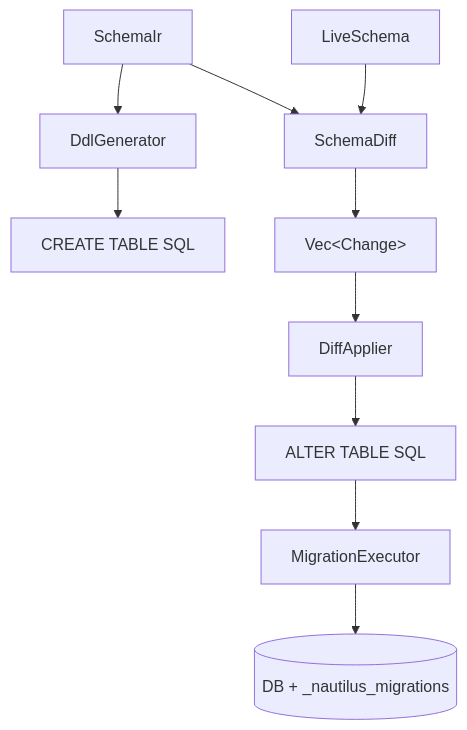
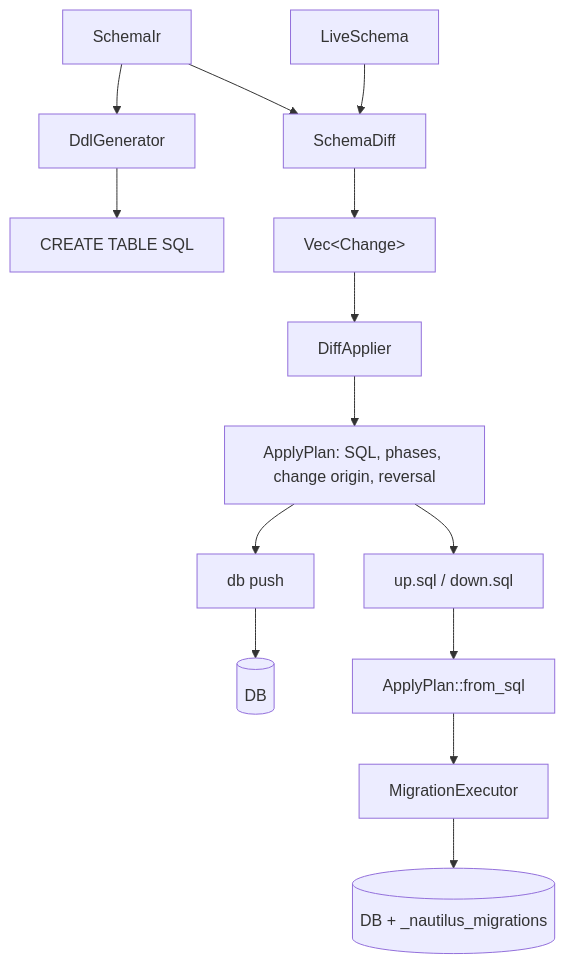
The diagram in crates/nautilus-migrate/README.md (nautilus-env/nautilus), drawn with Mermaid before and after one commit. The commit also changed other lines of this file and 16 other files, not shown here.

````diff
--- a/crates/nautilus-migrate/README.md
+++ b/crates/nautilus-migrate/README.md
@@ -17,15 +17,18 @@
 ```mermaid
 graph TD
   schemaIr[SchemaIr] --> ddlGen[DdlGenerator]
   ddlGen --> createSql[CREATE TABLE SQL]
 
   liveSchema[LiveSchema] --> schemaDiff[SchemaDiff]
   schemaIr --> schemaDiff
   schemaDiff --> changes["Vec&lt;Change&gt;"]
 
   changes --> diffApplier[DiffApplier]
-  diffApplier --> alterSql[ALTER TABLE SQL]
-
-  alterSql --> executor[MigrationExecutor]
+  diffApplier --> plan[ApplyPlan: SQL, phases, change origin, reversal]
+  plan --> push[db push]
+  push --> liveDb[(DB)]
+  plan --> files[up.sql / down.sql]
+  files --> adapter[ApplyPlan::from_sql]
+  adapter --> executor[MigrationExecutor]
   executor --> db[(DB + _nautilus_migrations)]
 ```
````
